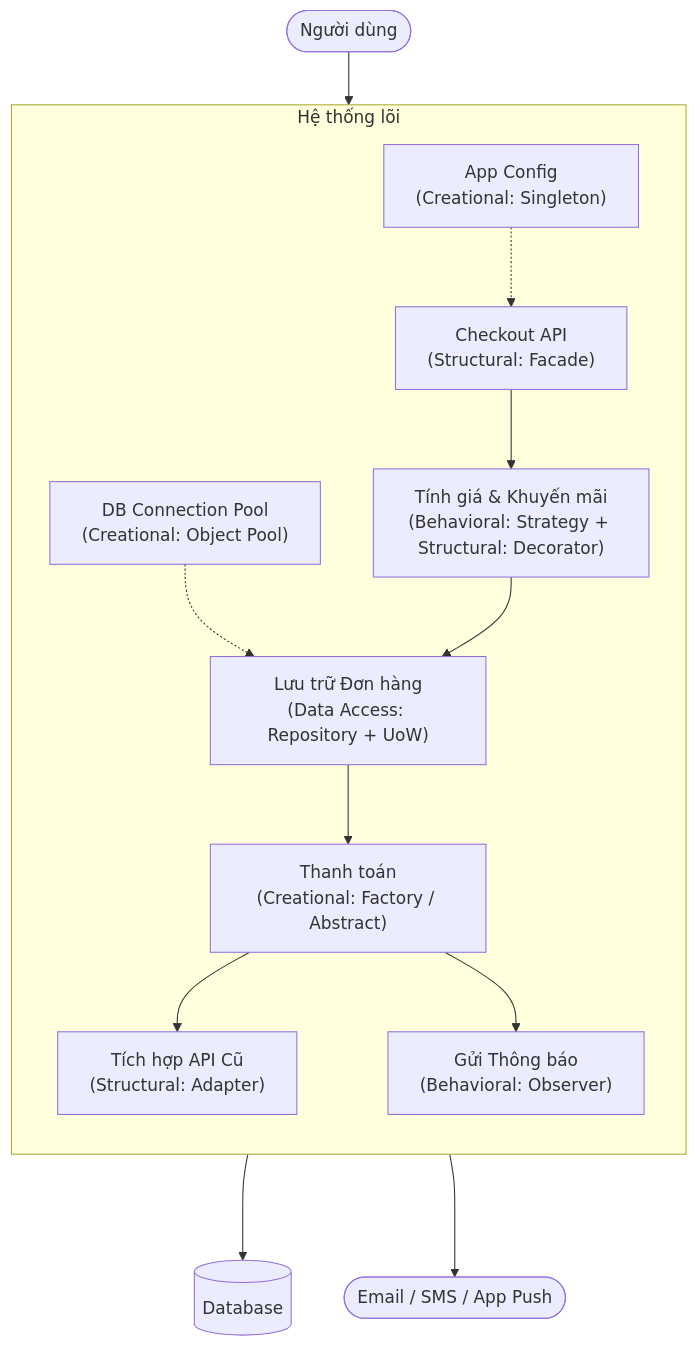
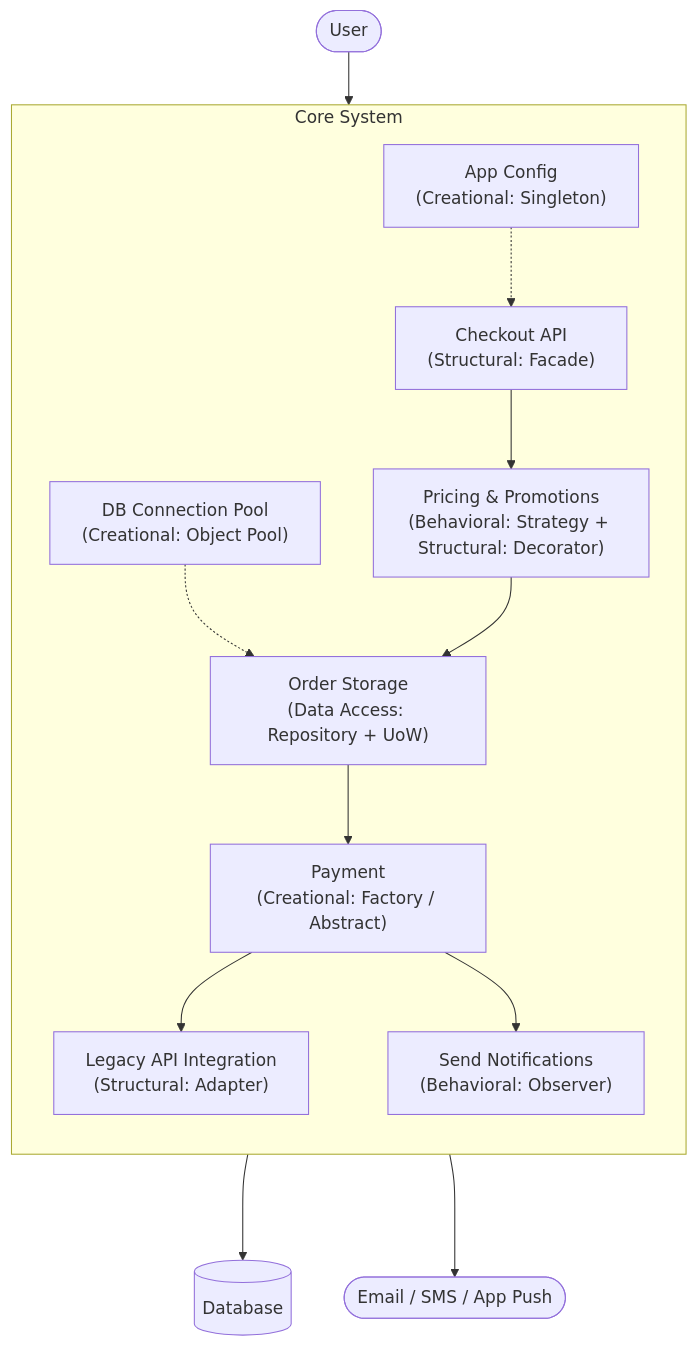
One commit to ga2631/ga2631.github.io changed the diagram in src/data/blog/en/78-2026-05-21-design-pattern-00-design-patterns-series-intro.md. Above: the diagram before and after it, drawn with Mermaid. The commit also changed other lines of this file and 74 other files, not shown here.

````diff
--- a/src/data/blog/en/78-2026-05-21-design-pattern-00-design-patterns-series-intro.md
+++ b/src/data/blog/en/78-2026-05-21-design-pattern-00-design-patterns-series-intro.md
@@ -38,21 +38,21 @@
 ```mermaid
 flowchart TD
-  User([Người dùng]) --> API["Checkout API\n(Structural: Facade)"]
+  User([User]) --> API["Checkout API\n(Structural: Facade)"]
 
-  subgraph Core System [Hệ thống lõi]
+  subgraph Core System
     direction TB
     Config["App Config\n(Creational: Singleton)"] -.-> API
     DBPool["DB Connection Pool\n(Creational: Object Pool)"] -.-> Repo
 
-    API --> Pricing["Tính giá & Khuyến mãi\n(Behavioral: Strategy + Structural: Decorator)"]
-    Pricing --> Repo["Lưu trữ Đơn hàng\n(Data Access: Repository + UoW)"]
+    API --> Pricing["Pricing & Promotions\n(Behavioral: Strategy + Structural: Decorator)"]
+    Pricing --> Repo["Order Storage\n(Data Access: Repository + UoW)"]
 
-    Repo --> Payment["Thanh toán\n(Creational: Factory / Abstract)"]
-    Payment --> LegacyAdapter["Tích hợp API Cũ\n(Structural: Adapter)"]
+    Repo --> Payment["Payment\n(Creational: Factory / Abstract)"]
+    Payment --> LegacyAdapter["Legacy API Integration\n(Structural: Adapter)"]
 
-    Payment --> Notification["Gửi Thông báo\n(Behavioral: Observer)"]
+    Payment --> Notification["Send Notifications\n(Behavioral: Observer)"]
   end
 
   Repo ---> Database[(Database)]
   Notification ---> Email/SMS([Email / SMS / App Push])
 ```
````
